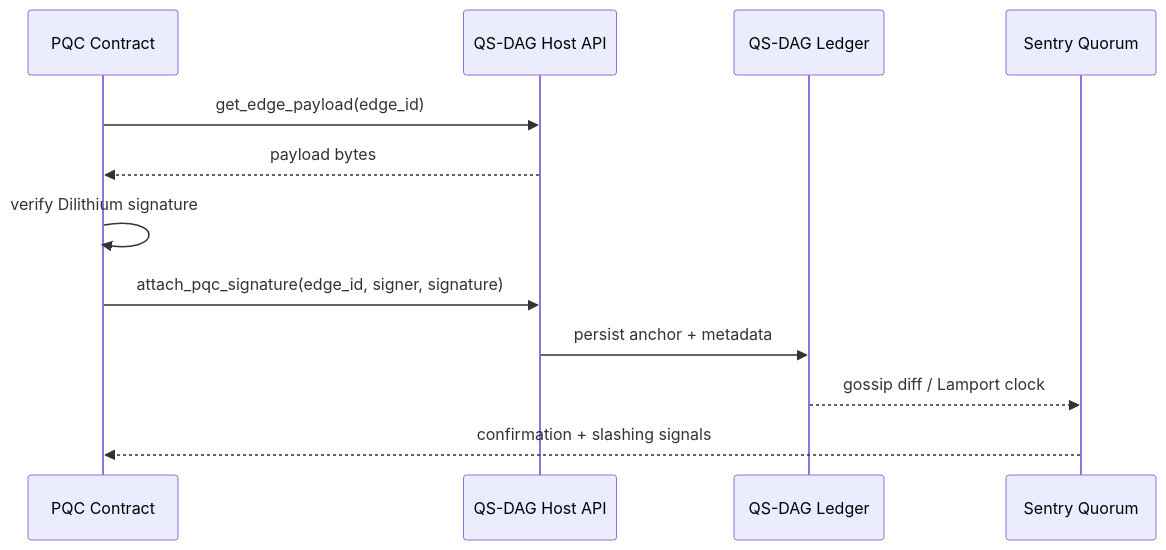
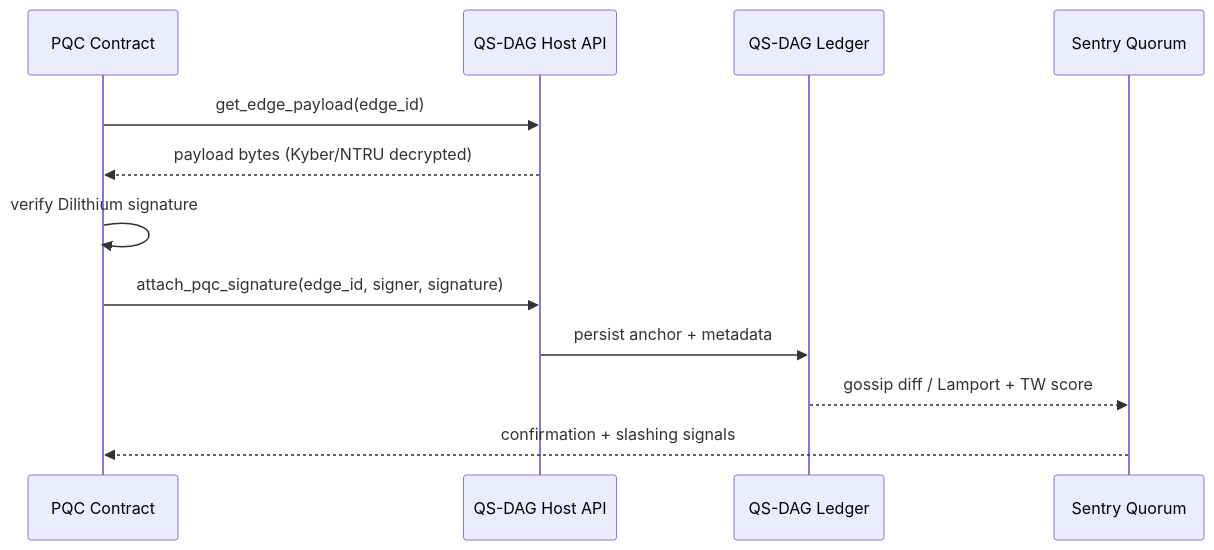
One commit to Lpierzina/pqc-tracing-bot changed the diagram in pqcnet-contracts/pqcnet-qs-dag/README.md. Above: the diagram before and after it, drawn with Mermaid. The commit also changed other lines of this file and 326 other files, not shown here.

````diff
--- a/pqcnet-contracts/pqcnet-qs-dag/README.md
+++ b/pqcnet-contracts/pqcnet-qs-dag/README.md
@@ -10,15 +64,15 @@
 ```mermaid
 sequenceDiagram
     participant Contract as PQC Contract
     participant Host as QS-DAG Host API
     participant Dag as QS-DAG Ledger
     participant Watchers as Sentry Quorum
 
     Contract->>Host: get_edge_payload(edge_id)
-    Host-->>Contract: payload bytes
+    Host-->>Contract: payload bytes (Kyber/NTRU decrypted)
     Contract->>Contract: verify Dilithium signature
     Contract->>Host: attach_pqc_signature(edge_id, signer, signature)
     Host->>Dag: persist anchor + metadata
-    Dag-->>Watchers: gossip diff / Lamport clock
+    Dag-->>Watchers: gossip diff / Lamport + TW score
     Watchers-->>Contract: confirmation + slashing signals
 ```
````
